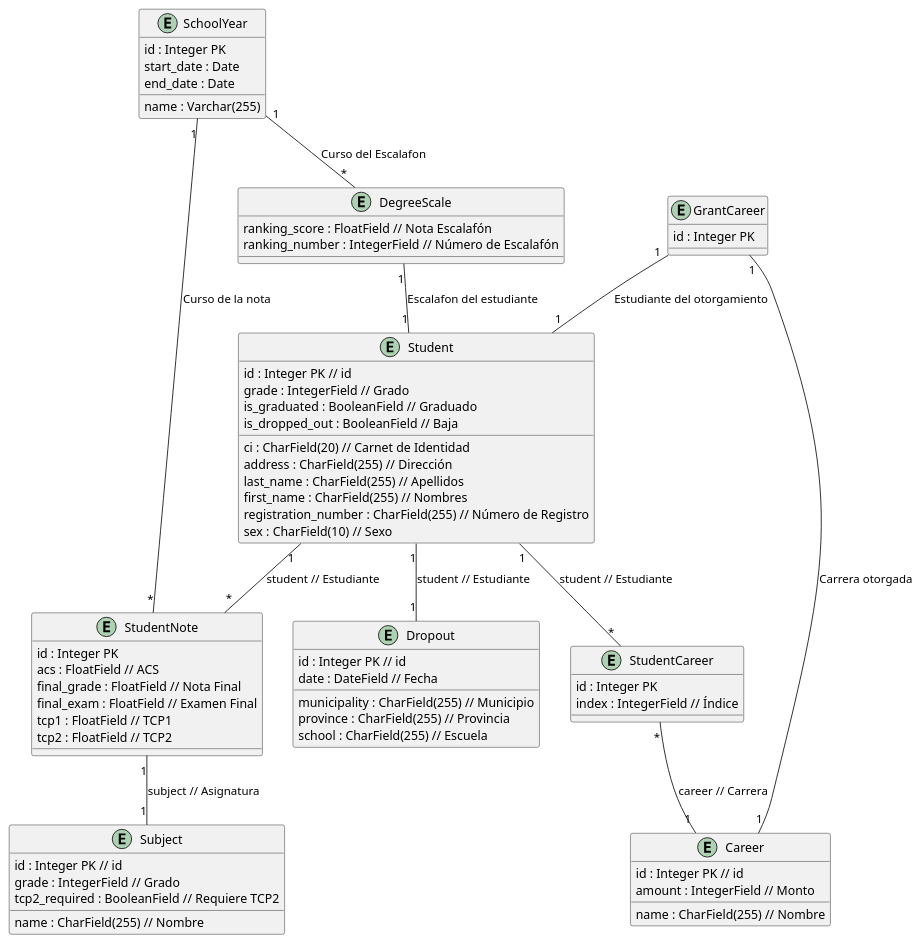
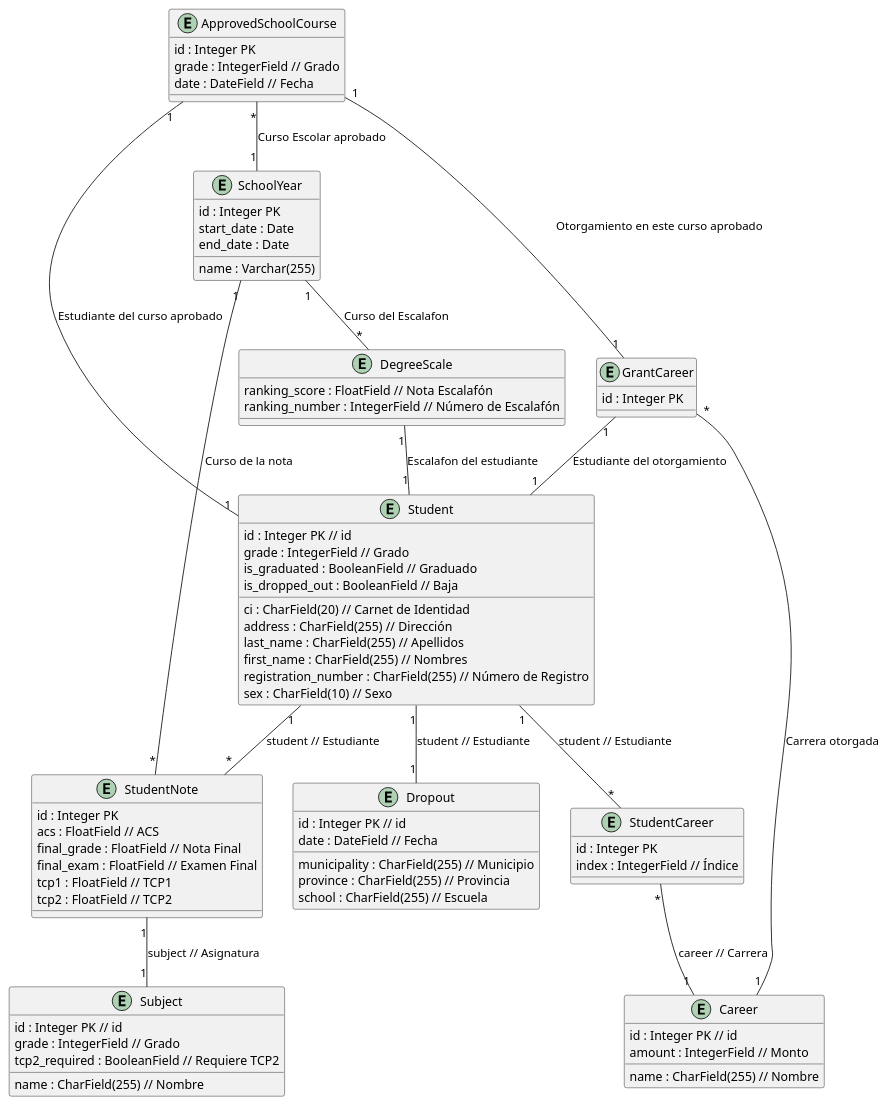
Before and after one commit to critBus/notas_estudiantes_back_drf: the diagram in docs/diagrams/src/architecture_overview.wsd, drawn with PlantUML. The commit also changed 6 other files, not shown here.

Commit message:
Curso aprobado

```diff
--- a/docs/diagrams/src/architecture_overview.wsd
+++ b/docs/diagrams/src/architecture_overview.wsd
@@ -1,87 +1,97 @@
 @startuml
 
 entity Student {
     id : Integer PK // id
     ci : CharField(20) // Carnet de Identidad
     address : CharField(255) // Dirección
     grade : IntegerField // Grado
     last_name : CharField(255) // Apellidos
     first_name : CharField(255) // Nombres
     registration_number : CharField(255) // Número de Registro
     sex : CharField(10) // Sexo
     is_graduated : BooleanField // Graduado
     is_dropped_out : BooleanField // Baja
 }
 
 entity Dropout {
     id : Integer PK // id
     date : DateField // Fecha
     municipality : CharField(255) // Municipio
     province : CharField(255) // Provincia
     school : CharField(255) // Escuela
 }
 
 entity Career {
     id : Integer PK // id
     amount : IntegerField // Monto
     name : CharField(255) // Nombre
 }
 
 
 entity Subject {
     id : Integer PK // id
     grade : IntegerField // Grado
     name : CharField(255) // Nombre
     tcp2_required : BooleanField // Requiere TCP2
 }
 
 entity SchoolYear {
     id : Integer PK
     start_date : Date
     end_date : Date
     name : Varchar(255)
 }
 
 entity StudentNote {
     id : Integer PK
     acs : FloatField // ACS
     final_grade : FloatField // Nota Final
     final_exam : FloatField // Examen Final
     tcp1 : FloatField // TCP1
     tcp2 : FloatField // TCP2
 }
 
 
 
 entity StudentCareer {
     id : Integer PK
     index : IntegerField // Índice
 }
 
 entity DegreeScale {
     ranking_score : FloatField // Nota Escalafón
     ranking_number : IntegerField // Número de Escalafón
 }
 entity GrantCareer{
     id : Integer PK
 }
 
+entity ApprovedSchoolCourse{
+    id : Integer PK
+    grade : IntegerField // Grado
+    date : DateField // Fecha
+}
+
+ApprovedSchoolCourse "1" -- "1" Student : Estudiante del curso aprobado
+ApprovedSchoolCourse "*" -- "1" SchoolYear : Curso Escolar aprobado
+ApprovedSchoolCourse "1" -- "1" GrantCareer : Otorgamiento en este curso aprobado
+
 GrantCareer "1" -- "1" Student : Estudiante del otorgamiento
-GrantCareer "1" -- "1" Career : Carrera otorgada
+GrantCareer "*" -- "1" Career : Carrera otorgada
 
 
 SchoolYear "1" -- "*" DegreeScale :  Curso del Escalafon
 SchoolYear "1" -- "*" StudentNote : Curso de la nota
 
 DegreeScale "1" -- "1" Student : Escalafon del estudiante
 
 Student "1" -- "1" Dropout : student // Estudiante
 Student "1" -- "*" StudentNote : student // Estudiante
 Student "1" -- "*" StudentCareer : student // Estudiante
 
 
 
 StudentNote "1" -- "1" Subject : subject // Asignatura
 StudentCareer "*" -- "1" Career : career // Carrera
 
 @enduml
```
